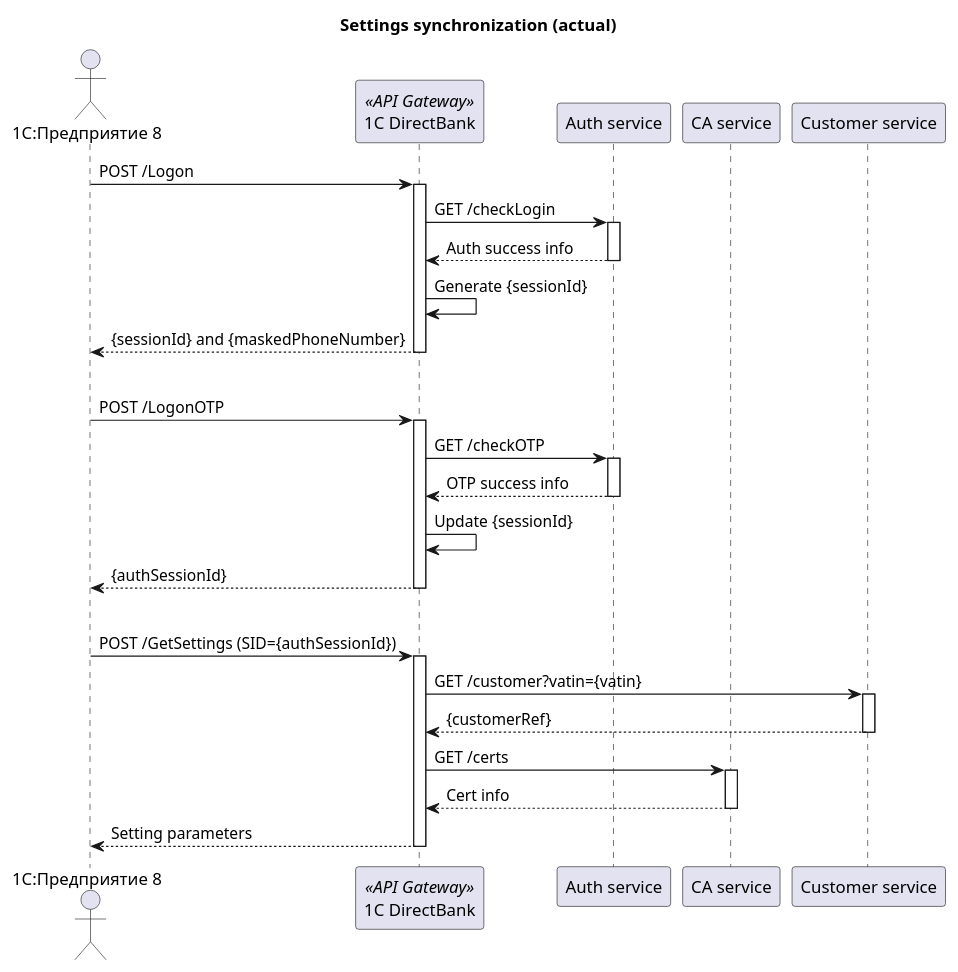
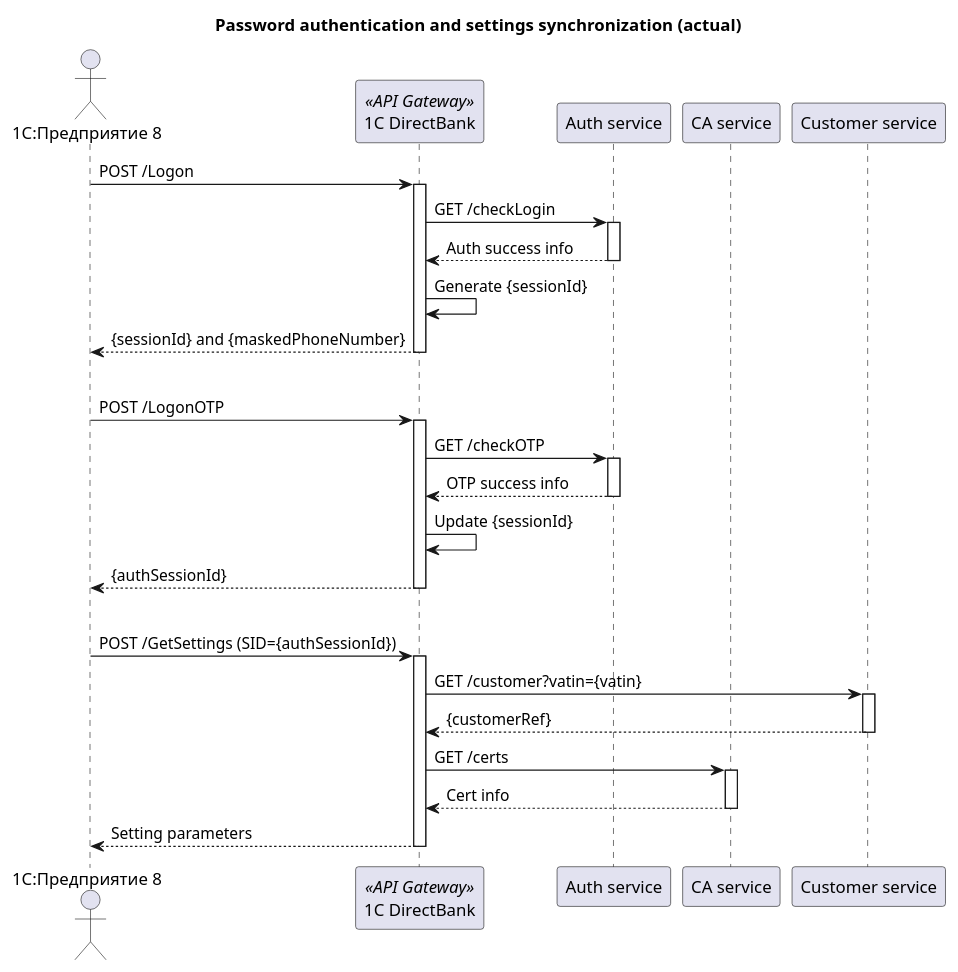
The first of 2 diagrams in diagrams/1c-directbank-auth/sequence-actual.puml (RaikBitters/ibank-internal-services), drawn with PlantUML before and after one commit. The commit also changed other lines of this file and 8 other files, not shown here.

Commit message:
Patch diagrams

```diff
--- a/diagrams/1c-directbank-auth/sequence-actual.puml
+++ b/diagrams/1c-directbank-auth/sequence-actual.puml
@@ -1,52 +1,52 @@
-@startuml 1c-directbank-actual-sync-sequence
+@startuml 1c-directbank-actual-auth&sync-sequence
 
 actor "1C:Предприятие 8" as 1CERP
 participant "1C DirectBank" as 1CDirect <<API Gateway>>
 participant "Auth service" as AutheService
 participant "CA service" as CAService
 participant "Customer service" as CustomerService
 
-title Settings synchronization (actual)
+title Password authentication and settings synchronization (actual)
 
 1CERP -> 1CDirect: POST /Logon
 activate 1CDirect
 
 1CDirect -> AutheService: GET /checkLogin
 activate AutheService
 return Auth success info
 
 1CDirect -> 1CDirect: Generate {sessionId}
 return {sessionId} and {maskedPhoneNumber}
 
 |||
 
 1CERP -> 1CDirect: POST /LogonOTP
 activate 1CDirect
 
 1CDirect -> AutheService: GET /checkOTP
 activate AutheService
 
 return OTP success info
 
 1CDirect -> 1CDirect: Update {sessionId}
 
 return {authSessionId}
 
 |||
 
 1CERP -> 1CDirect: POST /GetSettings (SID={authSessionId})
 activate 1CDirect
 
 1CDirect -> CustomerService: GET /customer?vatin={vatin}
 activate CustomerService
 
 return {customerRef}
 
 1CDirect -> CAService: GET /certs
 activate CAService
 
 return Cert info
 
 return Setting parameters 
 
 @enduml
```
